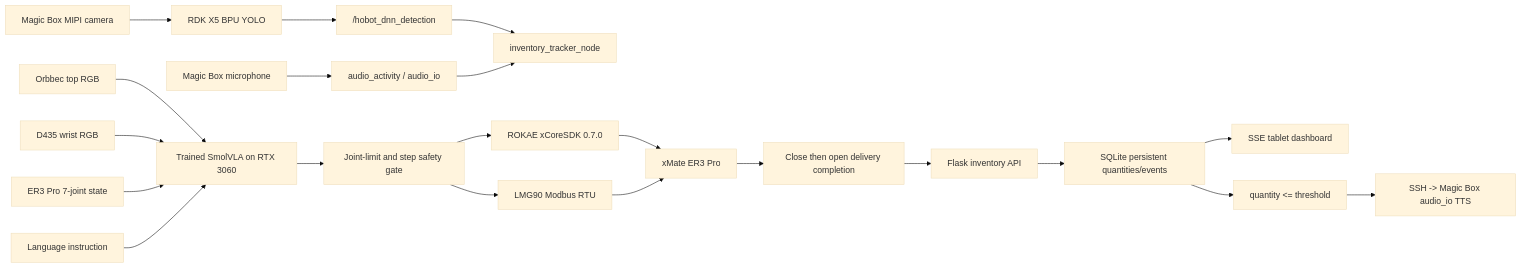
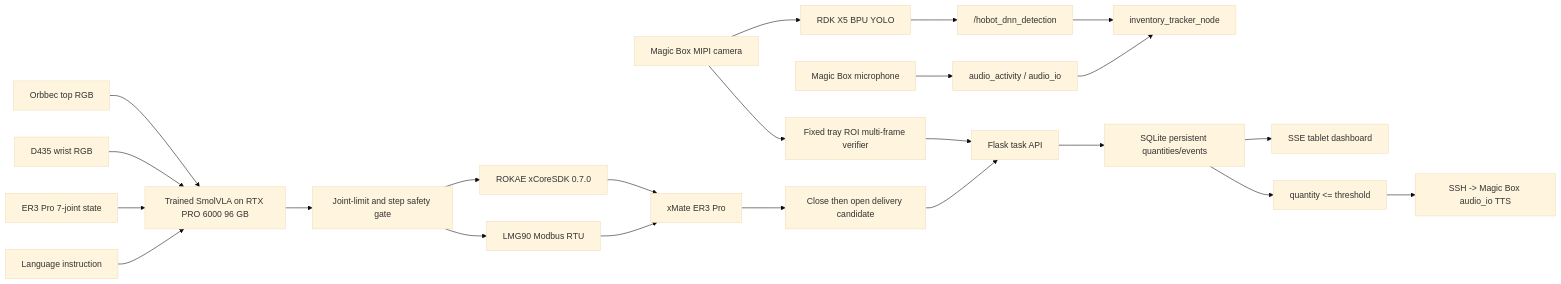
The diagram in docs/ARCHITECTURE.md (Ethan-Chen-plus/rdk-x5-smart-inventory-robot), drawn with Mermaid (base theme) before and after one commit. The commit also changed other lines of this file and 24 other files, not shown here.

````diff
--- a/docs/ARCHITECTURE.md
+++ b/docs/ARCHITECTURE.md
@@ -8,25 +8,27 @@
 ```mermaid
 flowchart LR
     MIPI["Magic Box MIPI camera"] --> YOLO["RDK X5 BPU YOLO"]
     YOLO --> DET["/hobot_dnn_detection"]
     MIC["Magic Box microphone"] --> AUDIO["audio_activity / audio_io"]
     DET --> RDKSTATE["inventory_tracker_node"]
     AUDIO --> RDKSTATE
 
-    TOP["Orbbec top RGB"] --> VLA["Trained SmolVLA on RTX 3060"]
+    TOP["Orbbec top RGB"] --> VLA["Trained SmolVLA on RTX PRO 6000 96 GB"]
     WRIST["D435 wrist RGB"] --> VLA
     ARMSTATE["ER3 Pro 7-joint state"] --> VLA
     TASK["Language instruction"] --> VLA
     VLA --> GATE["Joint-limit and step safety gate"]
     GATE --> XCORE["ROKAE xCoreSDK 0.7.0"]
     GATE --> MODBUS["LMG90 Modbus RTU"]
     XCORE --> ARM["xMate ER3 Pro"]
     MODBUS --> ARM
 
-    ARM --> DONE["Close then open delivery completion"]
-    DONE --> API["Flask inventory API"]
+    ARM --> DONE["Close then open delivery candidate"]
+    DONE --> API["Flask task API"]
+    MIPI --> ROI["Fixed tray ROI multi-frame verifier"]
+    ROI --> API
     API --> DB["SQLite persistent quantities/events"]
     DB --> SSE["SSE tablet dashboard"]
     DB --> RULE["quantity <= threshold"]
     RULE --> TTS["SSH -> Magic Box audio_io TTS"]
 ```
````
